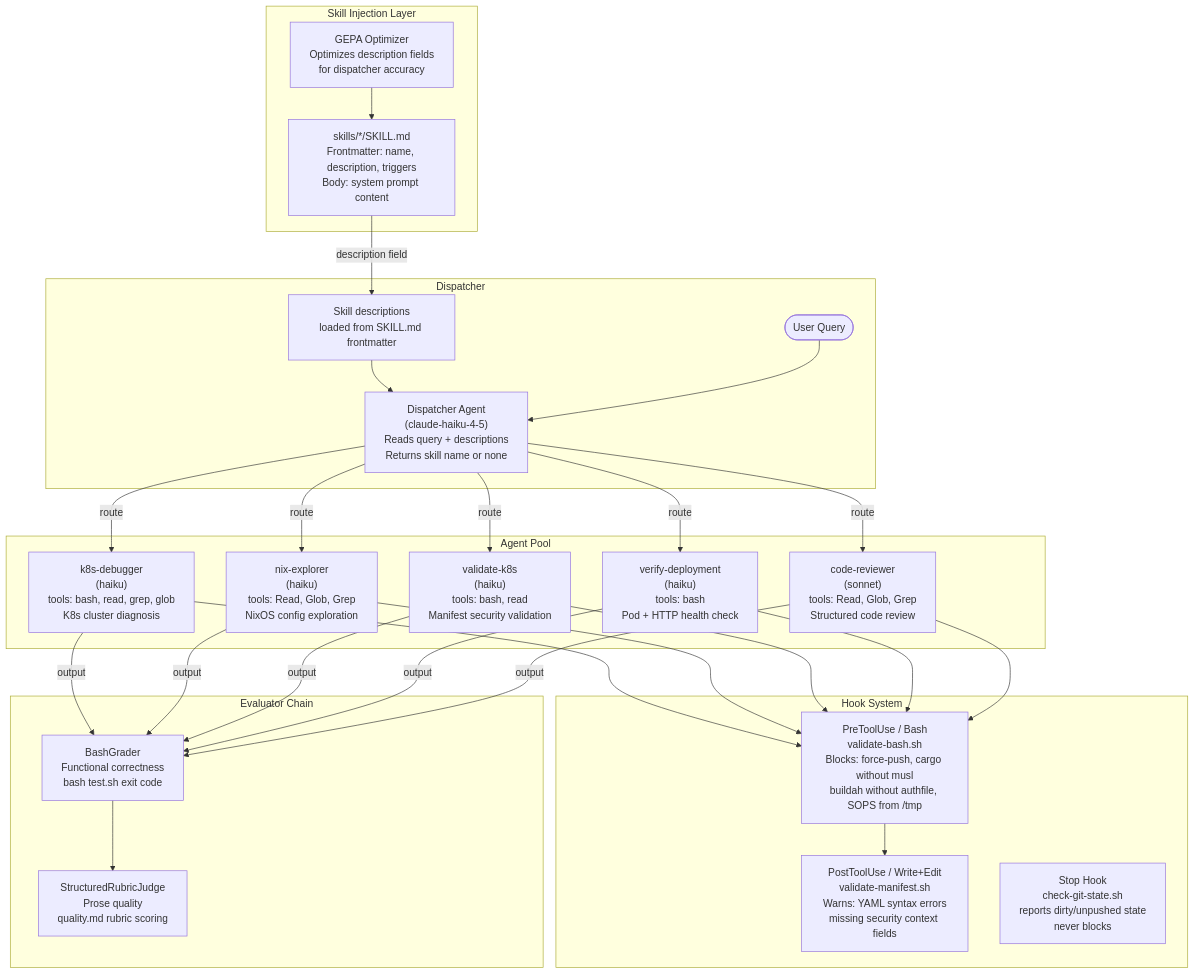
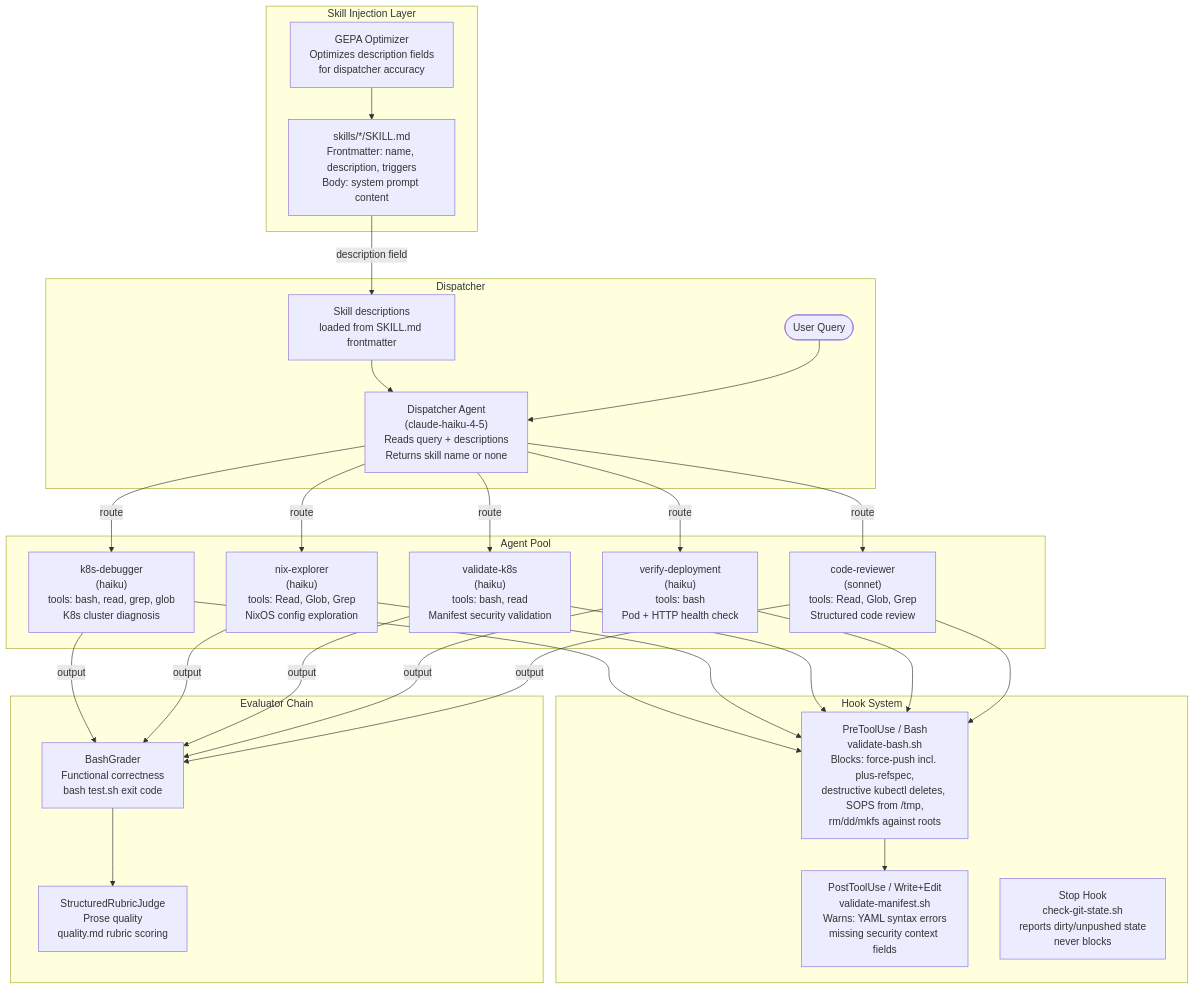
One commit to sammasak/claude-code-skills changed the first of 2 diagrams in docs/agentic-lifecycle.md. Above: the diagram before and after it, drawn with Mermaid. The commit also changed other lines of this file and 5 other files, not shown here.

````diff
--- a/docs/agentic-lifecycle.md
+++ b/docs/agentic-lifecycle.md
@@ -454,45 +38,45 @@
 ```mermaid
 graph TD
     subgraph "Skill Injection Layer"
         SKILLDOCS["skills/*/SKILL.md\nFrontmatter: name, description, triggers\nBody: system prompt content"]
         GEPA["GEPA Optimizer\nOptimizes description fields\nfor dispatcher accuracy"]
         GEPA --> SKILLDOCS
     end
 
     subgraph "Dispatcher"
         DESC["Skill descriptions\nloaded from SKILL.md frontmatter"]
         DISP["Dispatcher Agent\n(claude-haiku-4-5)\nReads query + descriptions\nReturns skill name or none"]
         SKILLDOCS -->|"description field"| DESC
         DESC --> DISP
         QUERY([User Query]) --> DISP
     end
 
     subgraph "Agent Pool"
         A1["k8s-debugger\n(haiku)\ntools: bash, read, grep, glob\nK8s cluster diagnosis"]
         A2["nix-explorer\n(haiku)\ntools: Read, Glob, Grep\nNixOS config exploration"]
         A3["validate-k8s\n(haiku)\ntools: bash, read\nManifest security validation"]
         A4["verify-deployment\n(haiku)\ntools: bash\nPod + HTTP health check"]
         A5["code-reviewer\n(sonnet)\ntools: Read, Glob, Grep\nStructured code review"]
         DISP -->|"route"| A1
         DISP -->|"route"| A2
         DISP -->|"route"| A3
         DISP -->|"route"| A4
         DISP -->|"route"| A5
     end
 
     subgraph "Hook System"
-        H1["PreToolUse / Bash\nvalidate-bash.sh\nBlocks: force-push, cargo without musl\nbuildah without authfile, SOPS from /tmp"]
+        H1["PreToolUse / Bash\nvalidate-bash.sh\nBlocks: force-push incl. plus-refspec,\ndestructive kubectl deletes, SOPS from /tmp,\nrm/dd/mkfs against roots"]
         H2["PostToolUse / Write+Edit\nvalidate-manifest.sh\nWarns: YAML syntax errors\nmissing security context fields"]
         H3["Stop Hook\ncheck-git-state.sh\nreports dirty/unpushed state\nnever blocks"]
     end
 
     subgraph "Evaluator Chain"
         E1["BashGrader\nFunctional correctness\nbash test.sh exit code"]
         E2["StructuredRubricJudge\nProse quality\nquality.md rubric scoring"]
         E1 --> E2
     end
 
     A1 & A2 & A3 & A4 & A5 --> H1
     H1 --> H2
     A1 & A2 & A3 & A4 & A5 -->|"output"| E1
 ```
````
